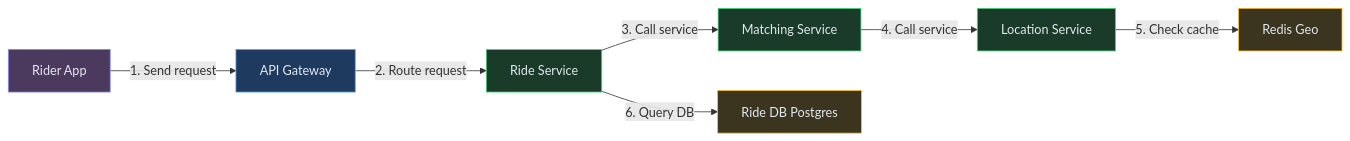
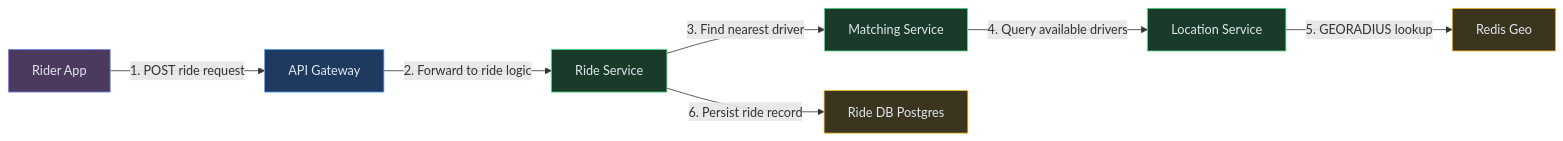
Before and after one commit to iluzn/HLD-Designs: the second of 11 diagrams in content/hld/Uber.md, drawn with Mermaid. The commit also changed other lines of this file and 27 other files, not shown here.

````diff
--- a/content/hld/Uber.md
+++ b/content/hld/Uber.md
@@ -195,22 +195,22 @@
 ```mermaid
 flowchart LR
     Rider["Rider App"]:::client
     GW["API Gateway"]:::edge
     RS["Ride Service"]:::service
     MS["Matching Service"]:::service
     LS["Location Service"]:::service
     RG["Redis Geo"]:::data
     DB["Ride DB Postgres"]:::data
 
-    Rider -->|"1. Send request"| GW
-    GW -->|"2. Route request"| RS
-    RS -->|"3. Call service"| MS
-    MS -->|"4. Call service"| LS
-    LS -->|"5. Check cache"| RG
-    RS -->|"6. Query DB"| DB
+    Rider -->|"1. POST ride request"| GW
+    GW -->|"2. Forward to ride logic"| RS
+    RS -->|"3. Find nearest driver"| MS
+    MS -->|"4. Query available drivers"| LS
+    LS -->|"5. GEORADIUS lookup"| RG
+    RS -->|"6. Persist ride record"| DB
 
     classDef client fill:#4c3a5e,stroke:#818cf8,color:#e2e8f0
     classDef edge fill:#1e3a5f,stroke:#60a5fa,color:#e2e8f0
     classDef service fill:#1a3a2a,stroke:#4ade80,color:#e2e8f0
     classDef data fill:#3b3520,stroke:#fbbf24,color:#e2e8f0
 ```
````
